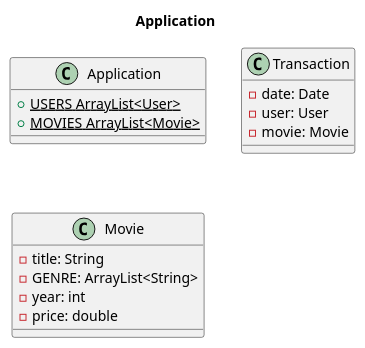
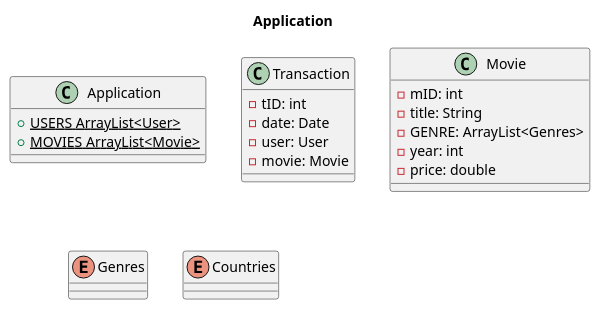
The diagram in src/main/java/Graphs/Scripts/Application.puml (DrNeonsy/Java_Console-VOD-System), drawn with PlantUML before and after one commit. The commit also changed 10 other files, not shown here.

```diff
--- a/src/main/java/Graphs/Scripts/Application.puml
+++ b/src/main/java/Graphs/Scripts/Application.puml
@@ -1,23 +1,29 @@
 @startuml
 
 title Application
 
 class Application {
     +USERS ArrayList<User> {static}
     +MOVIES ArrayList<Movie> {static}
 }
 
 class Transaction {
+    -tID: int
     -date: Date
     -user: User
     -movie: Movie
 }
 
 class Movie {
+    -mID: int
     -title: String
-    -GENRE: ArrayList<String>
+    -GENRE: ArrayList<Genres>
     -year: int
     -price: double
 }
 
+enum Genres
+
+enum Countries
+
 @enduml
```
